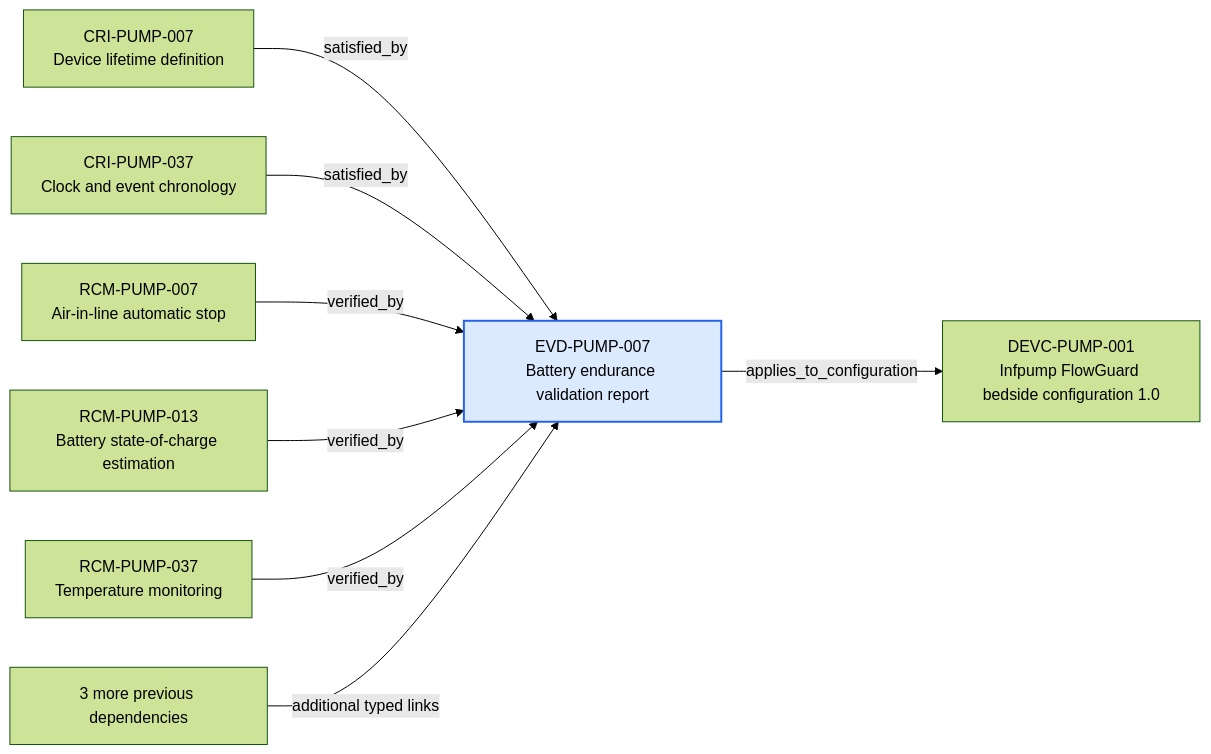
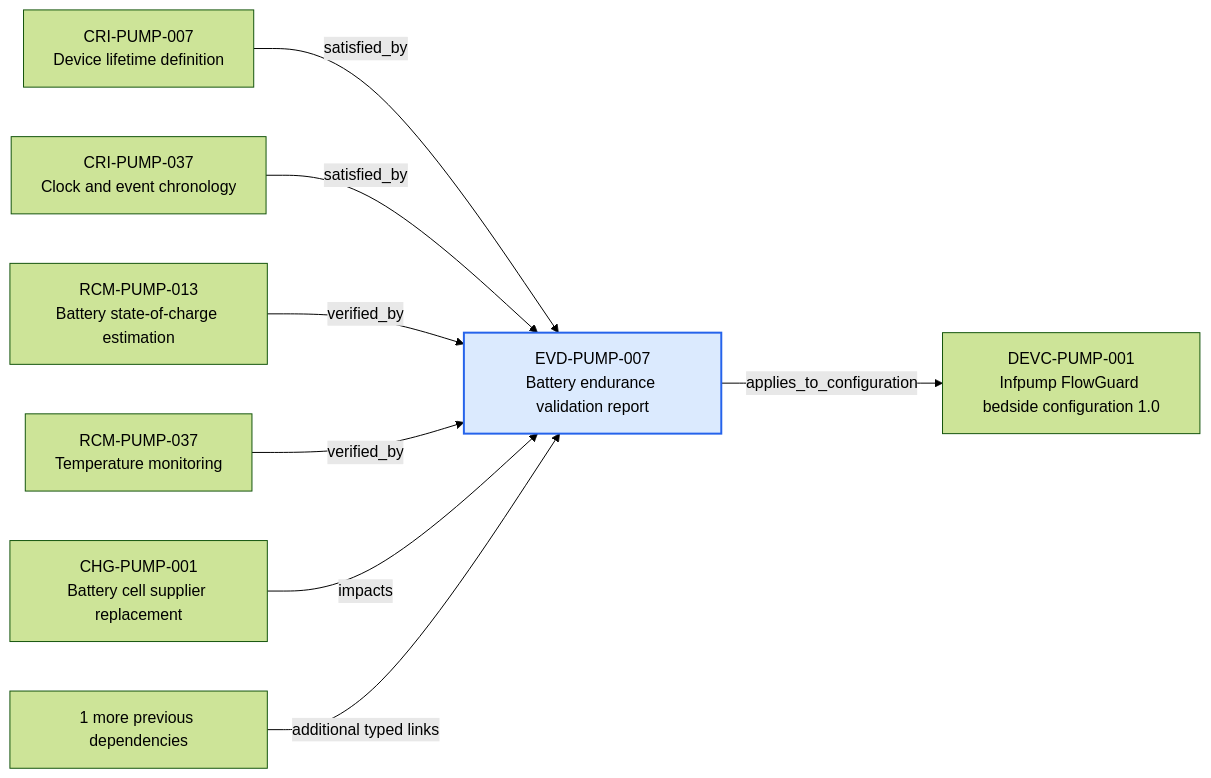
One commit to mvattulainen/mdrontology changed the diagram in content/06-Infpump FlowGuard ontology notes/verification-evidence/EVD-PUMP-007-battery-endurance-validation-report.md. Above: the diagram before and after it, drawn with Mermaid (forest theme). The commit also changed other lines of this file and 321 other files, not shown here.

Commit message:
Implement Mermaid ontology audit findings

````diff
--- a/content/06-Infpump FlowGuard ontology notes/verification-evidence/EVD-PUMP-007-battery-endurance-validation-report.md
+++ b/content/06-Infpump FlowGuard ontology notes/verification-evidence/EVD-PUMP-007-battery-endurance-validation-report.md
@@ -75,20 +77,20 @@
 ```mermaid
 flowchart LR
   CURRENT["EVD-PUMP-007<br/>Battery endurance validation report"]
   PREV0["CRI-PUMP-007<br/>Device lifetime definition"]
   PREV0 -->|"satisfied_by"| CURRENT
   PREV1["CRI-PUMP-037<br/>Clock and event chronology"]
   PREV1 -->|"satisfied_by"| CURRENT
-  PREV2["RCM-PUMP-007<br/>Air-in-line automatic stop"]
+  PREV2["RCM-PUMP-013<br/>Battery state-of-charge estimation"]
   PREV2 -->|"verified_by"| CURRENT
-  PREV3["RCM-PUMP-013<br/>Battery state-of-charge estimation"]
+  PREV3["RCM-PUMP-037<br/>Temperature monitoring"]
   PREV3 -->|"verified_by"| CURRENT
-  PREV4["RCM-PUMP-037<br/>Temperature monitoring"]
-  PREV4 -->|"verified_by"| CURRENT
-  PREV_MORE["3 more previous dependencies"]
+  PREV4["CHG-PUMP-001<br/>Battery cell supplier replacement"]
+  PREV4 -->|"impacts"| CURRENT
+  PREV_MORE["1 more previous dependencies"]
   PREV_MORE -->|"additional typed links"| CURRENT
   NEXT0["DEVC-PUMP-001<br/>Infpump FlowGuard bedside configuration 1.0"]
   CURRENT -->|"applies_to_configuration"| NEXT0
   classDef current fill:#dbeafe,stroke:#2563eb,stroke-width:2px
   class CURRENT current
 ```
````
